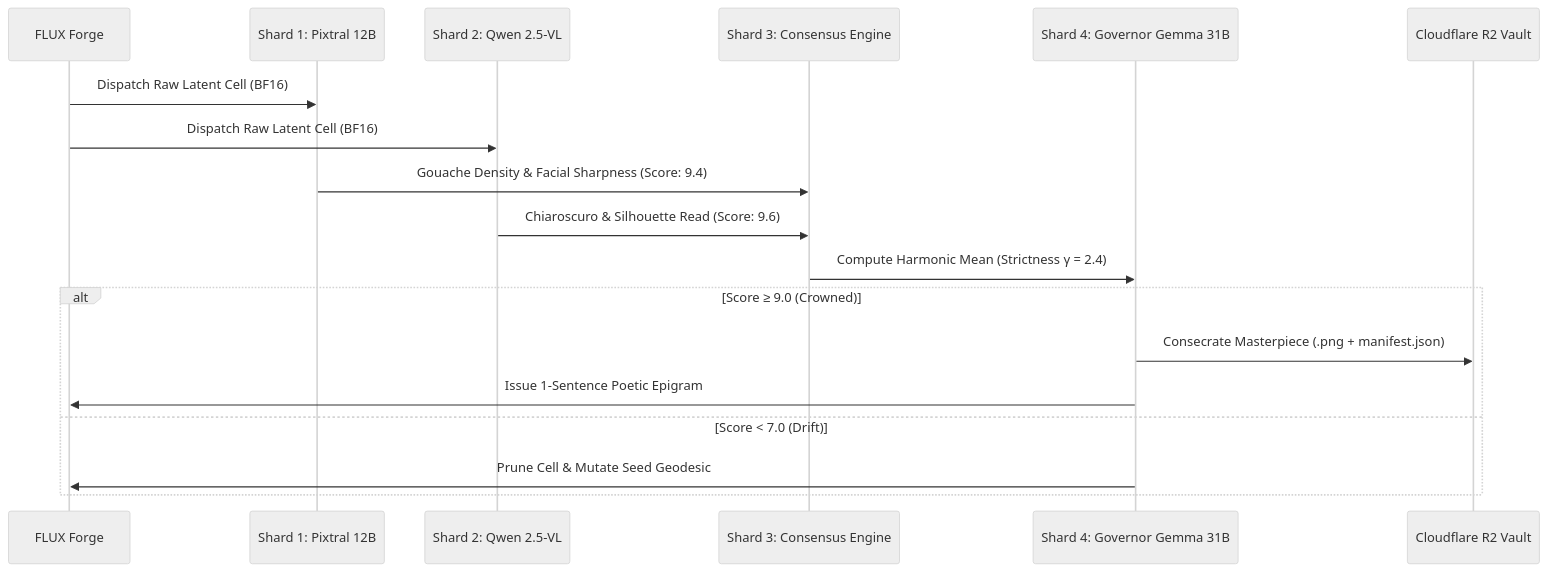
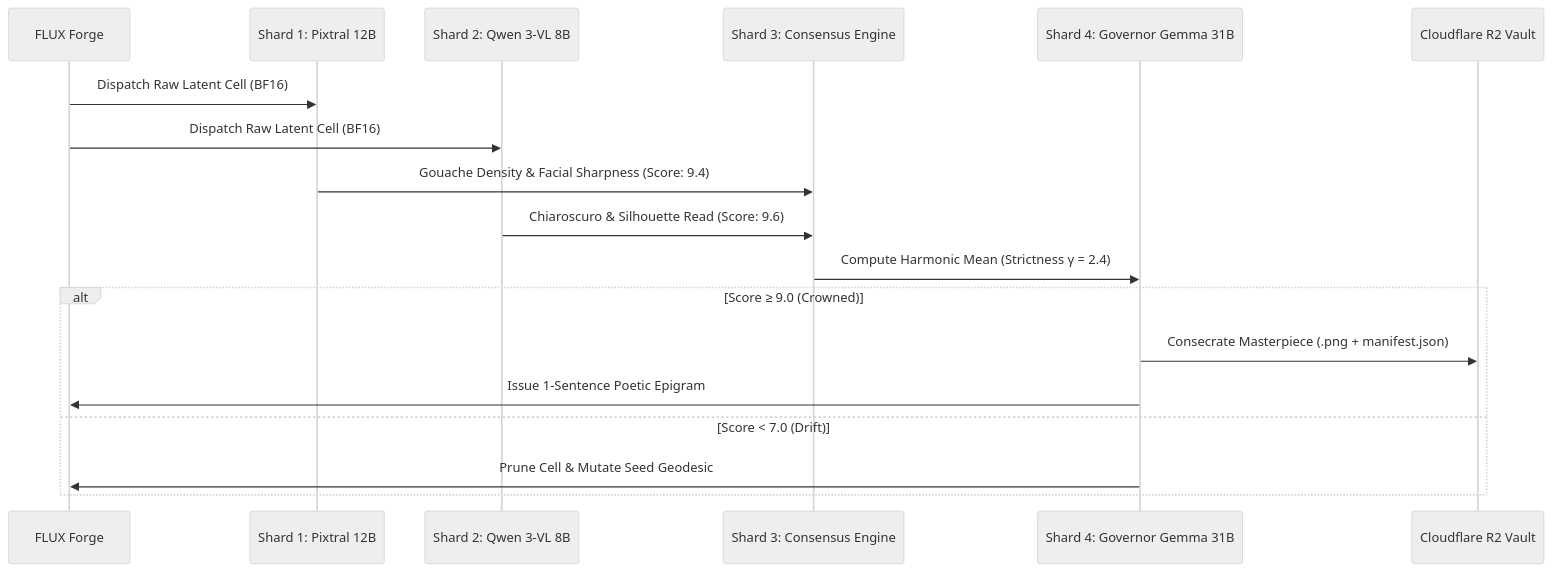
The second of 2 diagrams in docs/ARCANE_LATENT_CARTOGRAPHY_PROTOCOL_SPEC.md (quivent/FLUX), drawn with Mermaid (neutral theme) before and after one commit. The commit also changed 1 other file, not shown here.

Commit message:
feat(sovereign): synchronize living parchment matrix, jury chamber, and multi-surface endpoints [make deploy]

````diff
--- a/docs/ARCANE_LATENT_CARTOGRAPHY_PROTOCOL_SPEC.md
+++ b/docs/ARCANE_LATENT_CARTOGRAPHY_PROTOCOL_SPEC.md
@@ -124,21 +124,21 @@
 ```mermaid
 sequenceDiagram
     participant F as FLUX Forge
     participant P as Shard 1: Pixtral 12B
-    participant Q as Shard 2: Qwen 2.5-VL
+    participant Q as Shard 2: Qwen 3-VL 8B
     participant C as Shard 3: Consensus Engine
     participant G as Shard 4: Governor Gemma 31B
     participant R as Cloudflare R2 Vault
 
     F->>P: Dispatch Raw Latent Cell (BF16)
     F->>Q: Dispatch Raw Latent Cell (BF16)
     P->>C: Gouache Density & Facial Sharpness (Score: 9.4)
     Q->>C: Chiaroscuro & Silhouette Read (Score: 9.6)
     C->>G: Compute Harmonic Mean (Strictness γ = 2.4)
     alt Score ≥ 9.0 (Crowned)
         G->>R: Consecrate Masterpiece (.png + manifest.json)
         G->>F: Issue 1-Sentence Poetic Epigram
     else Score < 7.0 (Drift)
         G->>F: Prune Cell & Mutate Seed Geodesic
     end
 ```
````
